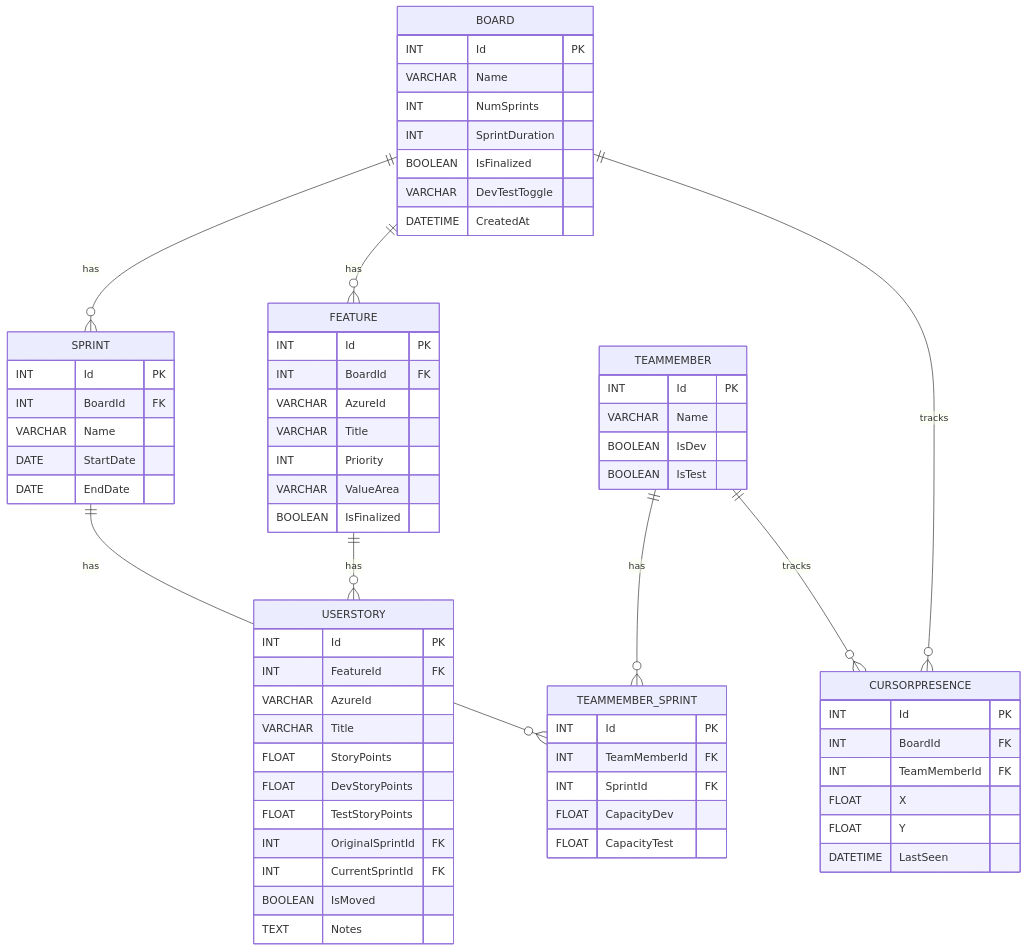
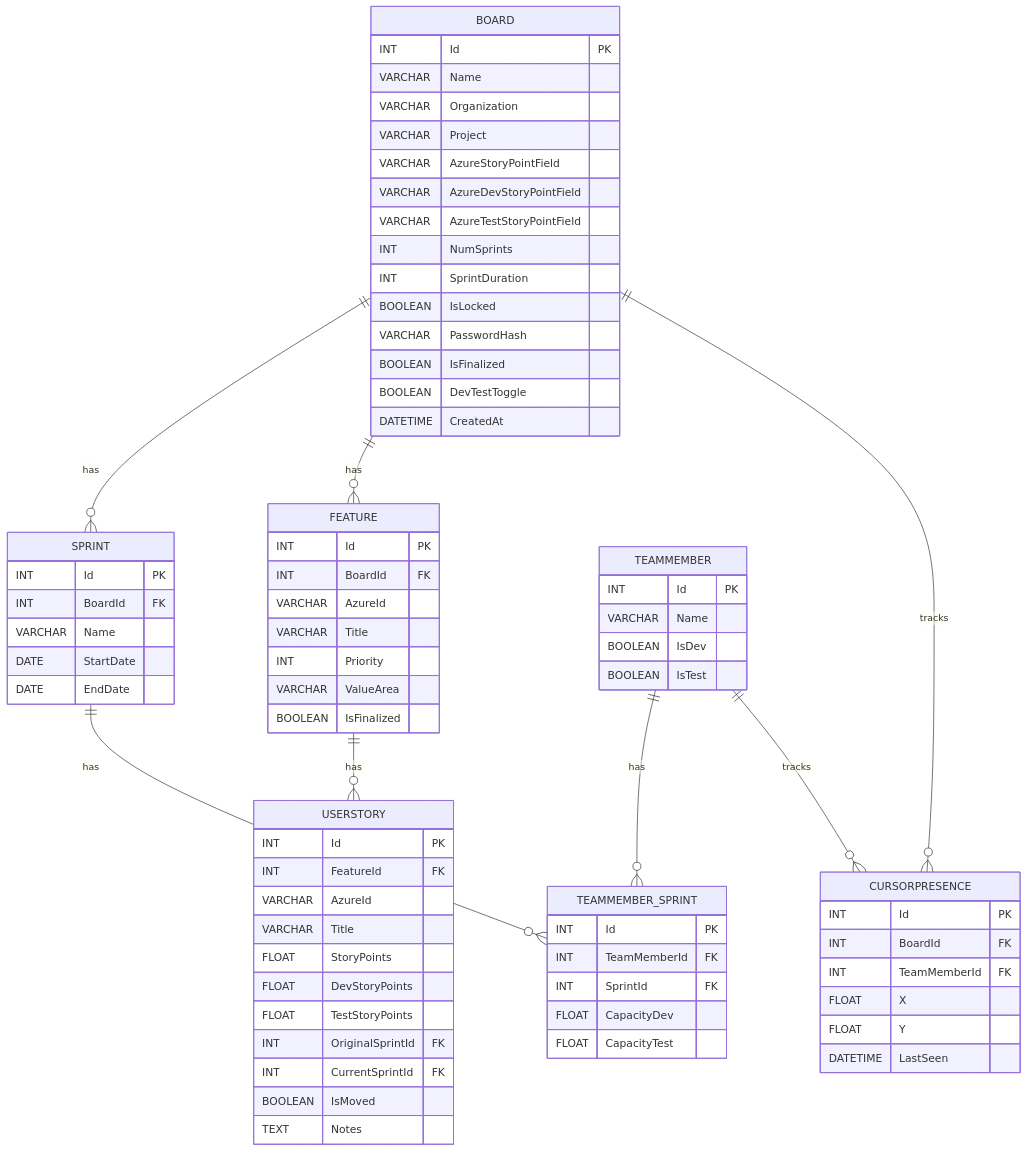
The diagram in README.md (AnirbanDeb0510/pi-planning-tool), drawn with Mermaid before and after one commit. The commit also changed other lines of this file and 2 other files, not shown here.

Commit message:
Fixed DB schema

```diff
--- a/README.md
+++ b/README.md
@@ -134,10 +133,17 @@
     BOARD {
         INT Id PK
         VARCHAR Name
+        VARCHAR Organization
+        VARCHAR Project
+        VARCHAR AzureStoryPointField
+        VARCHAR AzureDevStoryPointField
+        VARCHAR AzureTestStoryPointField
         INT NumSprints
         INT SprintDuration
+        BOOLEAN IsLocked
+        VARCHAR PasswordHash
         BOOLEAN IsFinalized
-        VARCHAR DevTestToggle
+        BOOLEAN DevTestToggle
         DATETIME CreatedAt
     }
 
```
